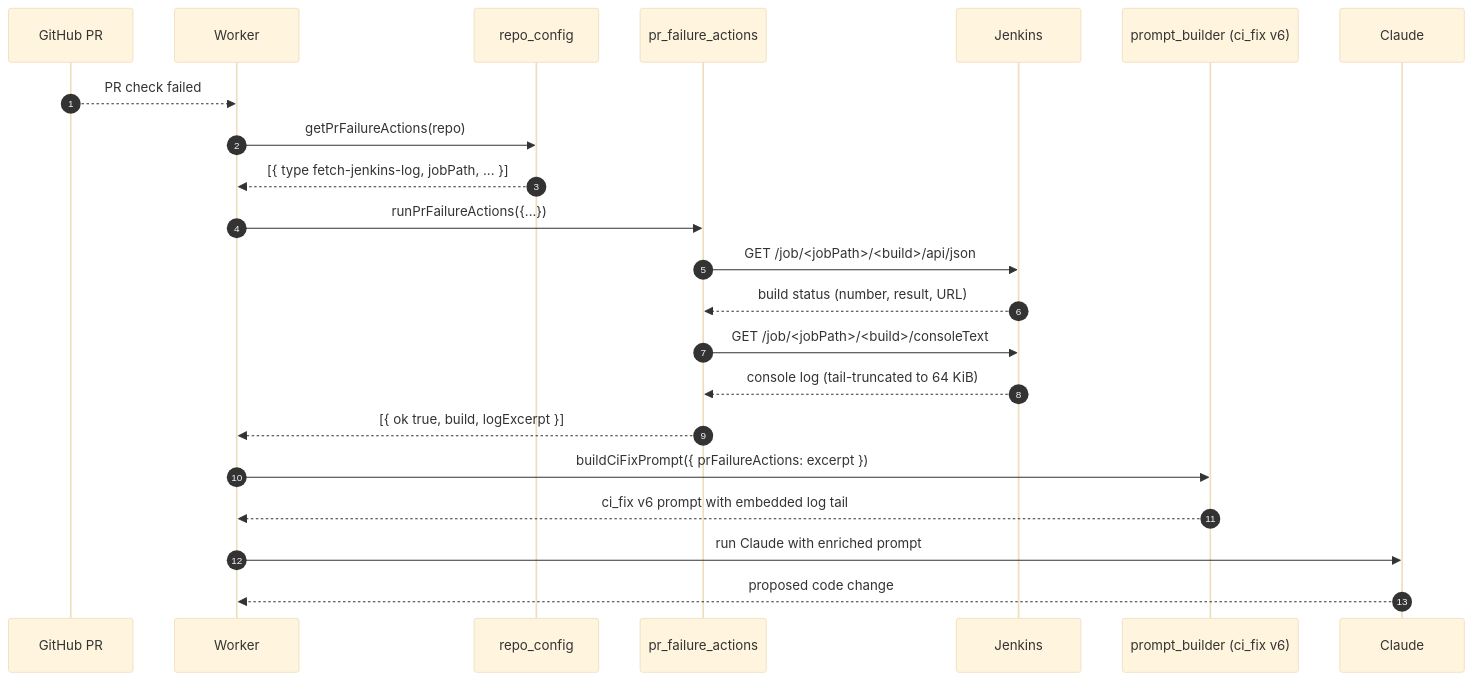
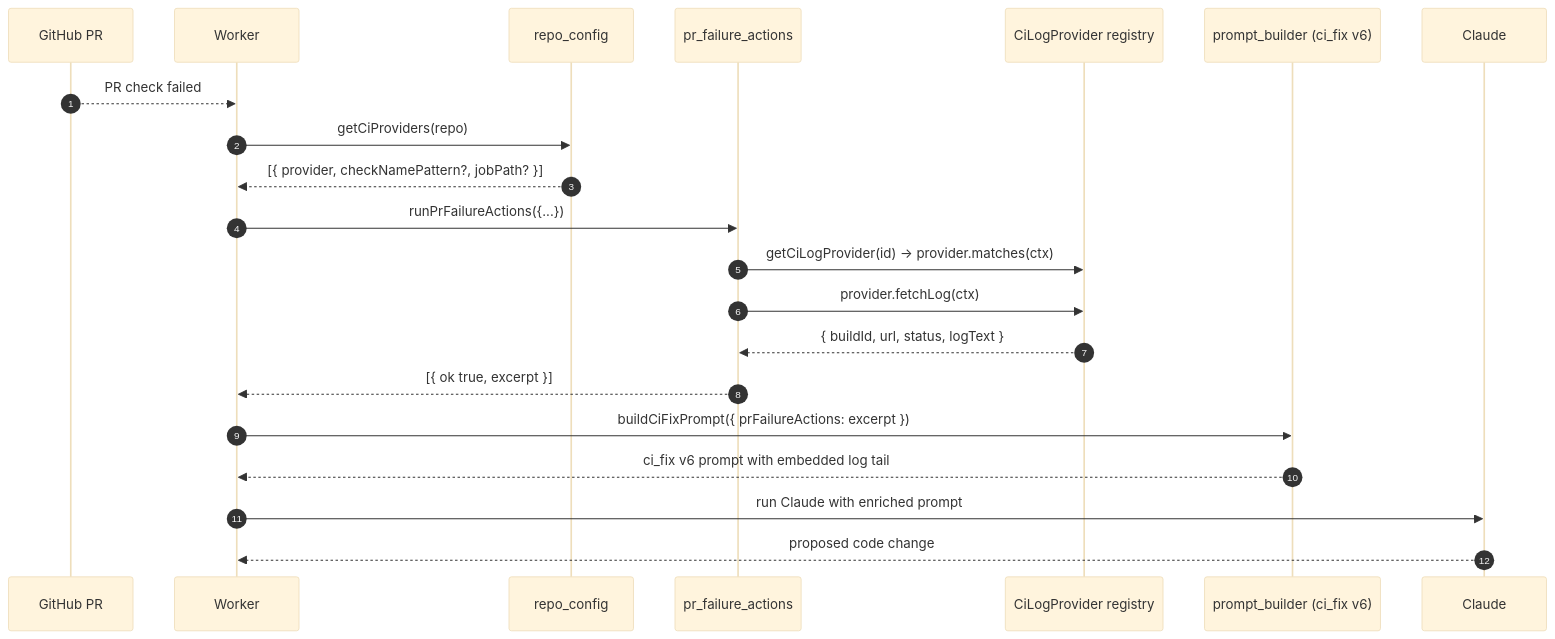
Before and after one commit to stSoftwareAU/VibeCoder: the first of 2 diagrams in docs/per-repo-pr-failure-actions.md, drawn with Mermaid (base theme). The commit also changed other lines of this file and 7 other files, not shown here.

````diff
--- a/docs/per-repo-pr-failure-actions.md
+++ b/docs/per-repo-pr-failure-actions.md
@@ -37,25 +26,24 @@
 ```mermaid
 sequenceDiagram
     autonumber
     participant GH as GitHub PR
     participant W as Worker
     participant C as repo_config
     participant D as pr_failure_actions
-    participant J as Jenkins
+    participant R as CiLogProvider registry
     participant B as prompt_builder (ci_fix v6)
     participant Cl as Claude
 
     GH-->>W: PR check failed
-    W->>C: getPrFailureActions(repo)
-    C-->>W: [{ type fetch-jenkins-log, jobPath, ... }]
+    W->>C: getCiProviders(repo)
+    C-->>W: [{ provider, checkNamePattern?, jobPath? }]
     W->>D: runPrFailureActions({...})
-    D->>J: GET /job/<jobPath>/<build>/api/json
-    J-->>D: build status (number, result, URL)
-    D->>J: GET /job/<jobPath>/<build>/consoleText
-    J-->>D: console log (tail-truncated to 64 KiB)
-    D-->>W: [{ ok true, build, logExcerpt }]
+    D->>R: getCiLogProvider(id) → provider.matches(ctx)
+    D->>R: provider.fetchLog(ctx)
+    R-->>D: { buildId, url, status, logText }
+    D-->>W: [{ ok true, excerpt }]
     W->>B: buildCiFixPrompt({ prFailureActions: excerpt })
     B-->>W: ci_fix v6 prompt with embedded log tail
     W->>Cl: run Claude with enriched prompt
     Cl-->>W: proposed code change
 ```
````
